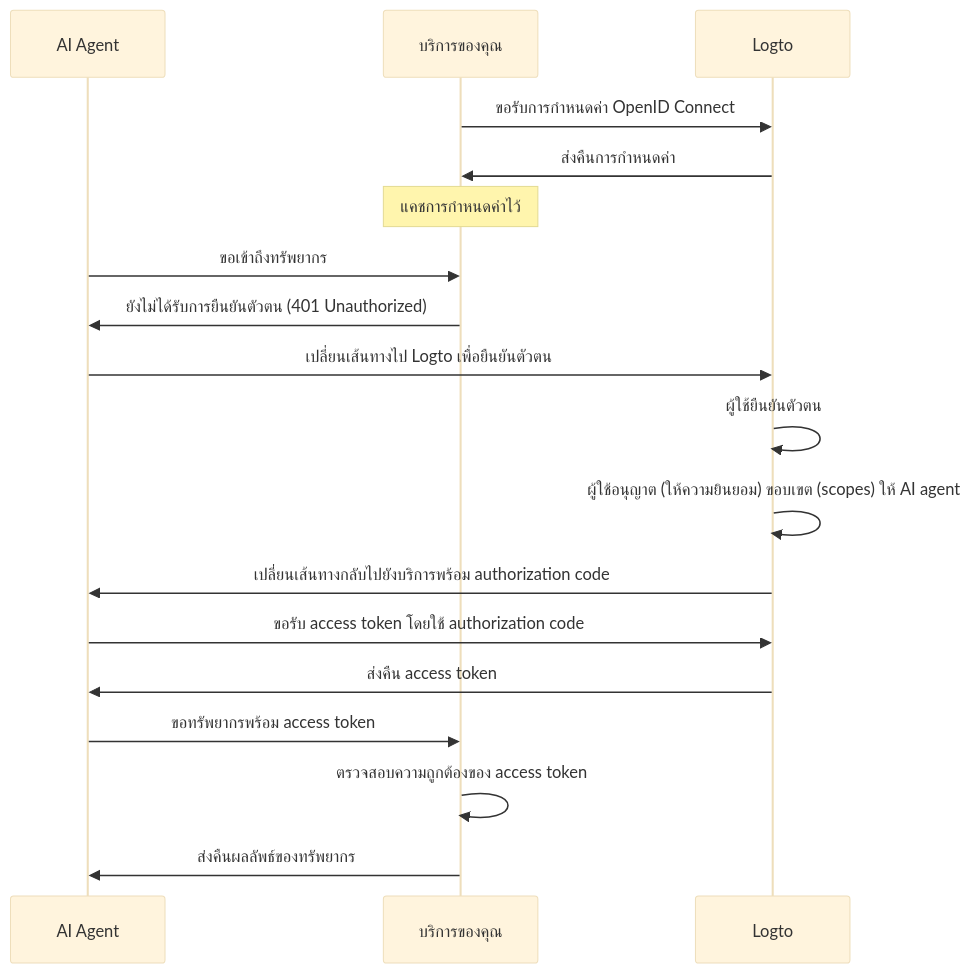
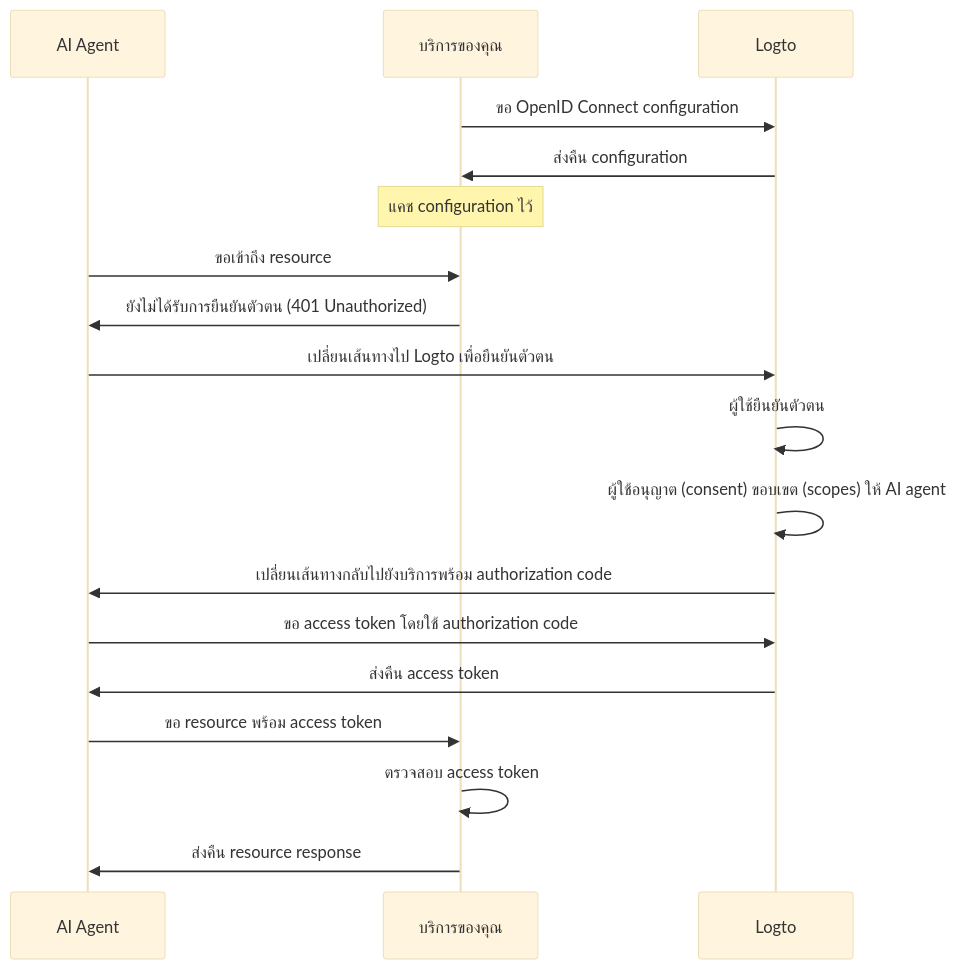
One commit to logto-io/docs changed the diagram in i18n/th/docusaurus-plugin-content-docs/current/use-cases/ai/enable-third-party-ai-agent-access.mdx. Above: the diagram before and after it, drawn with Mermaid (base theme). The commit also changed other lines of this file and 89 other files, not shown here.

````diff
--- a/i18n/th/docusaurus-plugin-content-docs/current/use-cases/ai/enable-third-party-ai-agent-access.mdx
+++ b/i18n/th/docusaurus-plugin-content-docs/current/use-cases/ai/enable-third-party-ai-agent-access.mdx
@@ -61,21 +64,21 @@
 ```mermaid
 sequenceDiagram
     participant Agent as AI Agent
     participant Service as บริการของคุณ
     participant Logto
 
-    Service->>Logto: ขอรับการกำหนดค่า OpenID Connect
-    Logto->>Service: ส่งคืนการกำหนดค่า
-    Note over Service: แคชการกำหนดค่าไว้
-    Agent->>Service: ขอเข้าถึงทรัพยากร
+    Service->>Logto: ขอ OpenID Connect configuration
+    Logto->>Service: ส่งคืน configuration
+    Note over Service: แคช configuration ไว้
+    Agent->>Service: ขอเข้าถึง resource
     Service->>Agent: ยังไม่ได้รับการยืนยันตัวตน (401 Unauthorized)
     Agent->>Logto: เปลี่ยนเส้นทางไป Logto เพื่อยืนยันตัวตน
     Logto->>Logto: ผู้ใช้ยืนยันตัวตน
-    Logto->>Logto: ผู้ใช้อนุญาต (ให้ความยินยอม) ขอบเขต (scopes) ให้ AI agent
+    Logto->>Logto: ผู้ใช้อนุญาต (consent) ขอบเขต (scopes) ให้ AI agent
     Logto->>Agent: เปลี่ยนเส้นทางกลับไปยังบริการพร้อม authorization code
-    Agent->>Logto: ขอรับ access token โดยใช้ authorization code
+    Agent->>Logto: ขอ access token โดยใช้ authorization code
     Logto->>Agent: ส่งคืน access token
-    Agent->>Service: ขอทรัพยากรพร้อม access token
-    Service->>Service: ตรวจสอบความถูกต้องของ access token
-    Service->>Agent: ส่งคืนผลลัพธ์ของทรัพยากร
+    Agent->>Service: ขอ resource พร้อม access token
+    Service->>Service: ตรวจสอบ access token
+    Service->>Agent: ส่งคืน resource response
 ```
````
